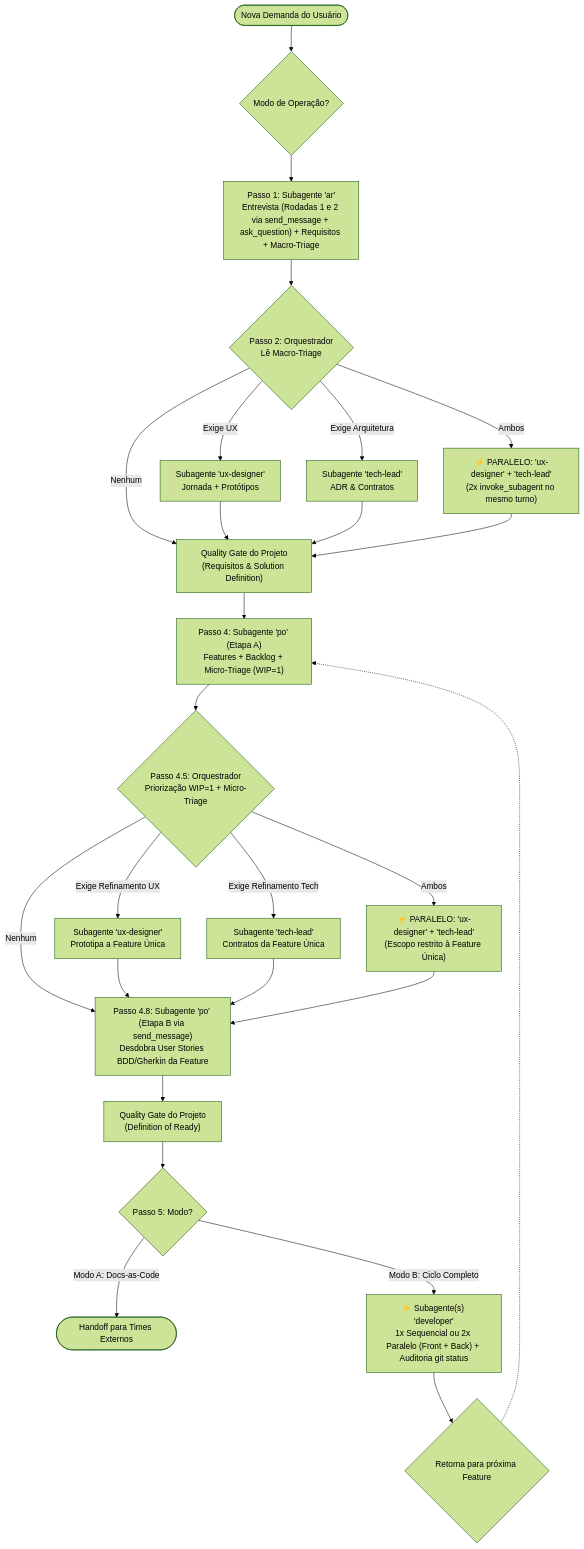
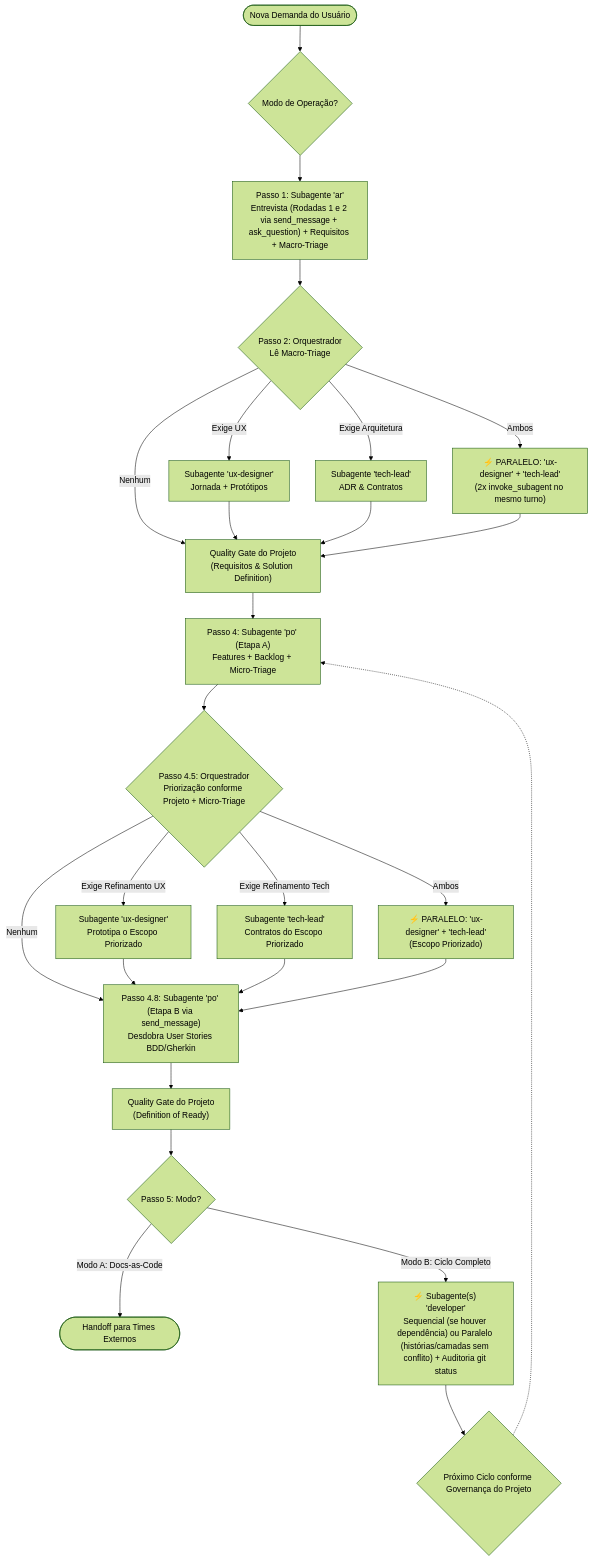
Before and after one commit to renatorlemos-gif/dev-team: the diagram in skills/dev-team/SKILL.md, drawn with Mermaid (forest theme). The commit also changed other lines of this file and 8 other files, not shown here.

````diff
--- a/skills/dev-team/SKILL.md
+++ b/skills/dev-team/SKILL.md
@@ -67,40 +71,40 @@
 ```mermaid
 graph TD
     Demanda([Nova Demanda do Usuário]) --> MODO{Modo de Operação?}
 
     MODO --> AR["Passo 1: Subagente 'ar'<br/>Entrevista (Rodadas 1 e 2 via send_message + ask_question) + Requisitos + Macro-Triage"]
 
     AR --> Triage{"Passo 2: Orquestrador<br/>Lê Macro-Triage"}
 
     Triage -->|"Exige UX"| UX["Subagente 'ux-designer'<br/>Jornada + Protótipos"]
     Triage -->|"Exige Arquitetura"| ARCH["Subagente 'tech-lead'<br/>ADR & Contratos"]
     Triage -->|"Ambos"| BOTH["⚡ PARALELO: 'ux-designer' + 'tech-lead'<br/>(2x invoke_subagent no mesmo turno)"]
     Triage -->|"Nenhum"| APPROVE["Quality Gate do Projeto<br/>(Requisitos & Solution Definition)"]
 
     UX --> APPROVE
     ARCH --> APPROVE
     BOTH --> APPROVE
 
-    APPROVE --> PO_FEAT["Passo 4: Subagente 'po' (Etapa A)<br/>Features + Backlog + Micro-Triage (WIP=1)"]
+    APPROVE --> PO_FEAT["Passo 4: Subagente 'po' (Etapa A)<br/>Features + Backlog + Micro-Triage"]
 
-    PO_FEAT --> MicroTriage{"Passo 4.5: Orquestrador<br/>Priorização WIP=1 + Micro-Triage"}
+    PO_FEAT --> MicroTriage{"Passo 4.5: Orquestrador<br/>Priorização conforme Projeto + Micro-Triage"}
 
-    MicroTriage -->|"Exige Refinamento UX"| UX_Feat["Subagente 'ux-designer'<br/>Prototipa a Feature Única"]
-    MicroTriage -->|"Exige Refinamento Tech"| ARCH_Feat["Subagente 'tech-lead'<br/>Contratos da Feature Única"]
-    MicroTriage -->|"Ambos"| BOTH_Feat["⚡ PARALELO: 'ux-designer' + 'tech-lead'<br/>(Escopo restrito à Feature Única)"]
-    MicroTriage -->|"Nenhum"| PO_US["Passo 4.8: Subagente 'po' (Etapa B via send_message)<br/>Desdobra User Stories BDD/Gherkin da Feature"]
+    MicroTriage -->|"Exige Refinamento UX"| UX_Feat["Subagente 'ux-designer'<br/>Prototipa o Escopo Priorizado"]
+    MicroTriage -->|"Exige Refinamento Tech"| ARCH_Feat["Subagente 'tech-lead'<br/>Contratos do Escopo Priorizado"]
+    MicroTriage -->|"Ambos"| BOTH_Feat["⚡ PARALELO: 'ux-designer' + 'tech-lead'<br/>(Escopo Priorizado)"]
+    MicroTriage -->|"Nenhum"| PO_US["Passo 4.8: Subagente 'po' (Etapa B via send_message)<br/>Desdobra User Stories BDD/Gherkin"]
 
     UX_Feat --> PO_US
     ARCH_Feat --> PO_US
     BOTH_Feat --> PO_US
 
     PO_US --> READY["Quality Gate do Projeto<br/>(Definition of Ready)"]
 
     READY --> DEV{"Passo 5: Modo?"}
 
     DEV -->|"Modo A: Docs-as-Code"| HANDOFF([Handoff para Times Externos])
-    DEV -->|"Modo B: Ciclo Completo"| DEVELOPER["⚡ Subagente(s) 'developer'<br/>1x Sequencial ou 2x Paralelo (Front + Back) + Auditoria git status"]
+    DEV -->|"Modo B: Ciclo Completo"| DEVELOPER["⚡ Subagente(s) 'developer'<br/>Sequencial (se houver dependência) ou Paralelo (histórias/camadas sem conflito) + Auditoria git status"]
 
-    DEVELOPER --> LOOP_FEATURE{"Retorna para próxima Feature"}
+    DEVELOPER --> LOOP_FEATURE{"Próximo Ciclo conforme Governança do Projeto"}
     LOOP_FEATURE -.-> PO_FEAT
 ```
````
